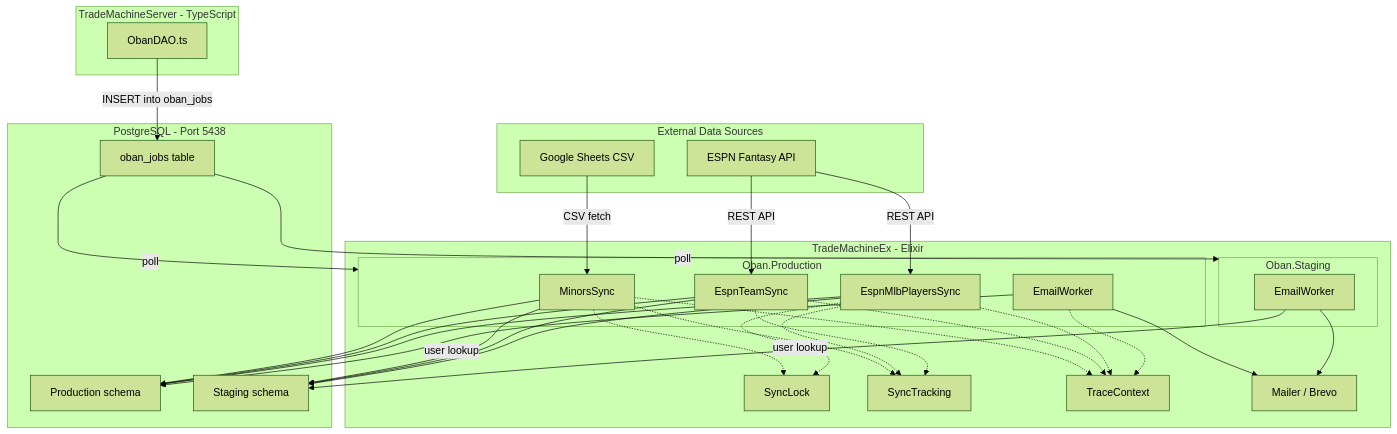
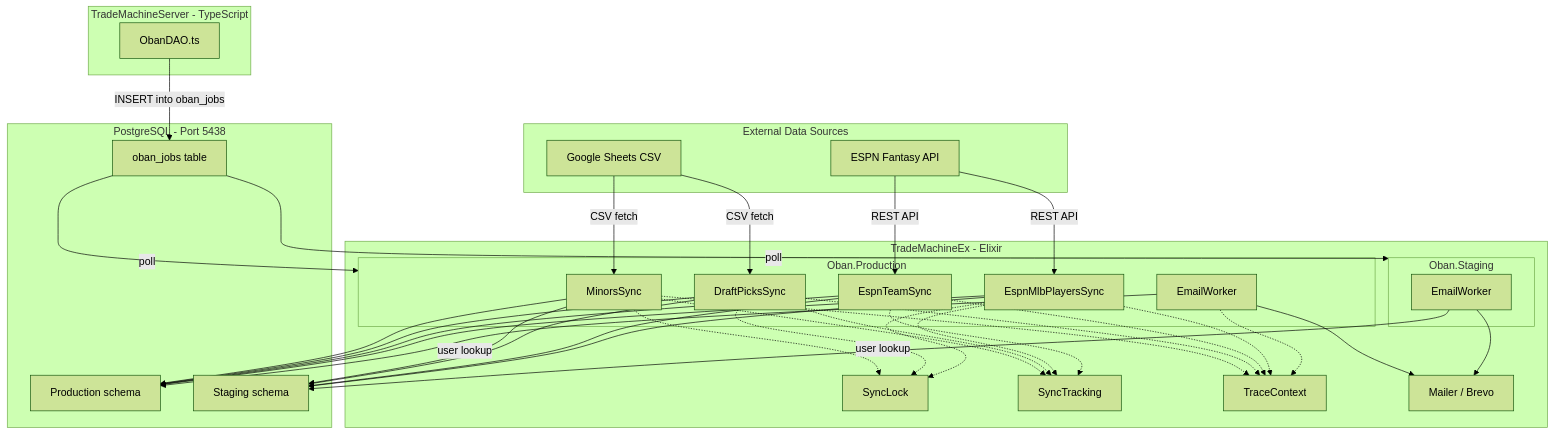
One commit to akosasante/TradeMachineEx changed the first of 2 diagrams in docs/job-system.md. Above: the diagram before and after it, drawn with Mermaid (forest theme). The commit also changed other lines of this file and 15 other files, not shown here.

First line of the commit message:
feat: Draft Picks Sync job (#21)

````diff
--- a/docs/job-system.md
+++ b/docs/job-system.md
@@ -7,64 +7,71 @@
 ```mermaid
 flowchart TB
     subgraph external [External Data Sources]
         GoogleSheets["Google Sheets CSV"]
         EspnApi["ESPN Fantasy API"]
     end
 
     subgraph ts [TradeMachineServer - TypeScript]
         ObanDAO["ObanDAO.ts"]
     end
 
     subgraph ex [TradeMachineEx - Elixir]
         subgraph obanProd [Oban.Production]
             MinorsSync["MinorsSync"]
+            DraftPicksSync["DraftPicksSync"]
             EspnTeamSync["EspnTeamSync"]
             EspnMlbPlayersSync["EspnMlbPlayersSync"]
             EmailWorkerProd["EmailWorker"]
         end
         subgraph obanStaging [Oban.Staging]
             EmailWorkerStaging["EmailWorker"]
         end
         SyncLock["SyncLock"]
         SyncTracking["SyncTracking"]
         TraceContext["TraceContext"]
         Mailer["Mailer / Brevo"]
     end
 
     subgraph db [PostgreSQL - Port 5438]
         ProdSchema["Production schema"]
         StagingSchema["Staging schema"]
         ObanJobsTable["oban_jobs table"]
     end
 
     GoogleSheets -->|CSV fetch| MinorsSync
+    GoogleSheets -->|CSV fetch| DraftPicksSync
     EspnApi -->|REST API| EspnTeamSync
     EspnApi -->|REST API| EspnMlbPlayersSync
 
     ObanDAO -->|"INSERT into oban_jobs"| ObanJobsTable
     ObanJobsTable -->|poll| obanProd
     ObanJobsTable -->|poll| obanStaging
 
     MinorsSync --> ProdSchema
     MinorsSync --> StagingSchema
+    DraftPicksSync --> ProdSchema
+    DraftPicksSync --> StagingSchema
     EspnTeamSync --> ProdSchema
     EspnTeamSync --> StagingSchema
     EspnMlbPlayersSync --> ProdSchema
     EspnMlbPlayersSync --> StagingSchema
 
     EmailWorkerProd --> Mailer
     EmailWorkerStaging --> Mailer
     EmailWorkerProd -->|user lookup| ProdSchema
     EmailWorkerStaging -->|user lookup| StagingSchema
 
     MinorsSync -.-> SyncLock
     MinorsSync -.-> SyncTracking
+    DraftPicksSync -.-> SyncLock
+    DraftPicksSync -.-> SyncTracking
     EspnMlbPlayersSync -.-> SyncLock
     EspnMlbPlayersSync -.-> SyncTracking
     EspnTeamSync -.-> SyncTracking
 
     MinorsSync -.-> TraceContext
+    DraftPicksSync -.-> TraceContext
     EspnTeamSync -.-> TraceContext
     EspnMlbPlayersSync -.-> TraceContext
     EmailWorkerProd -.-> TraceContext
 ```
````
